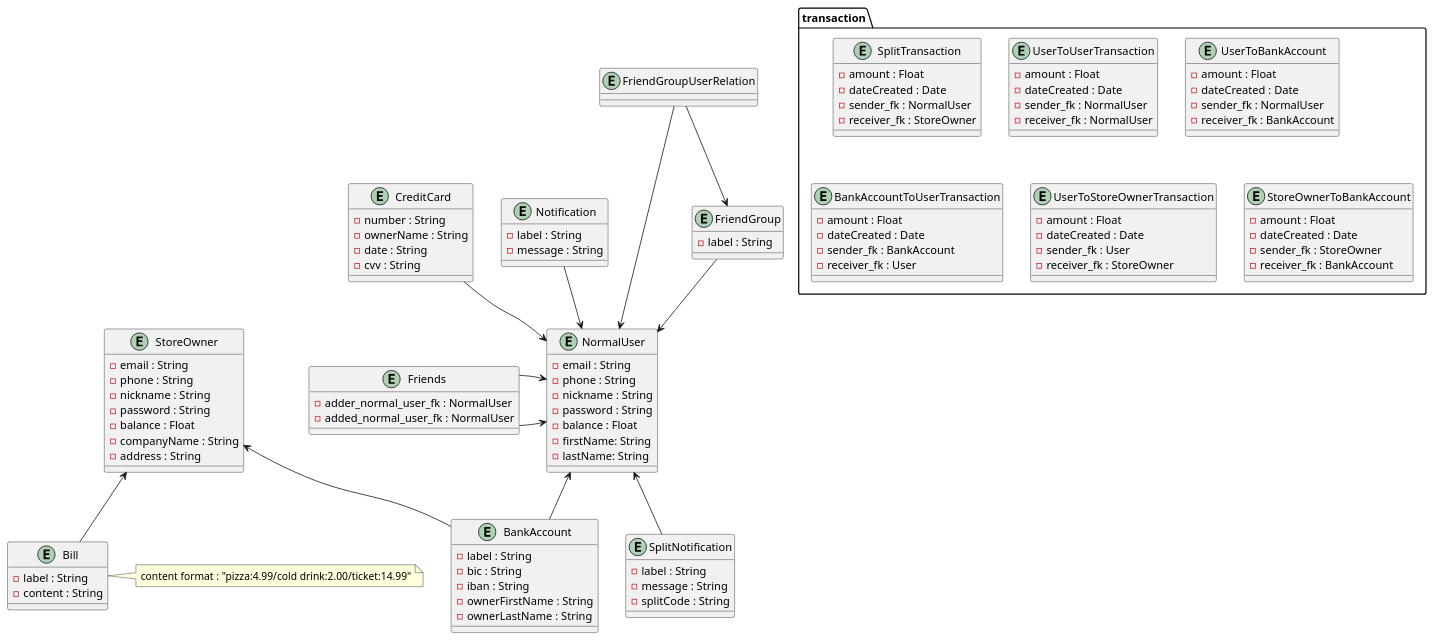
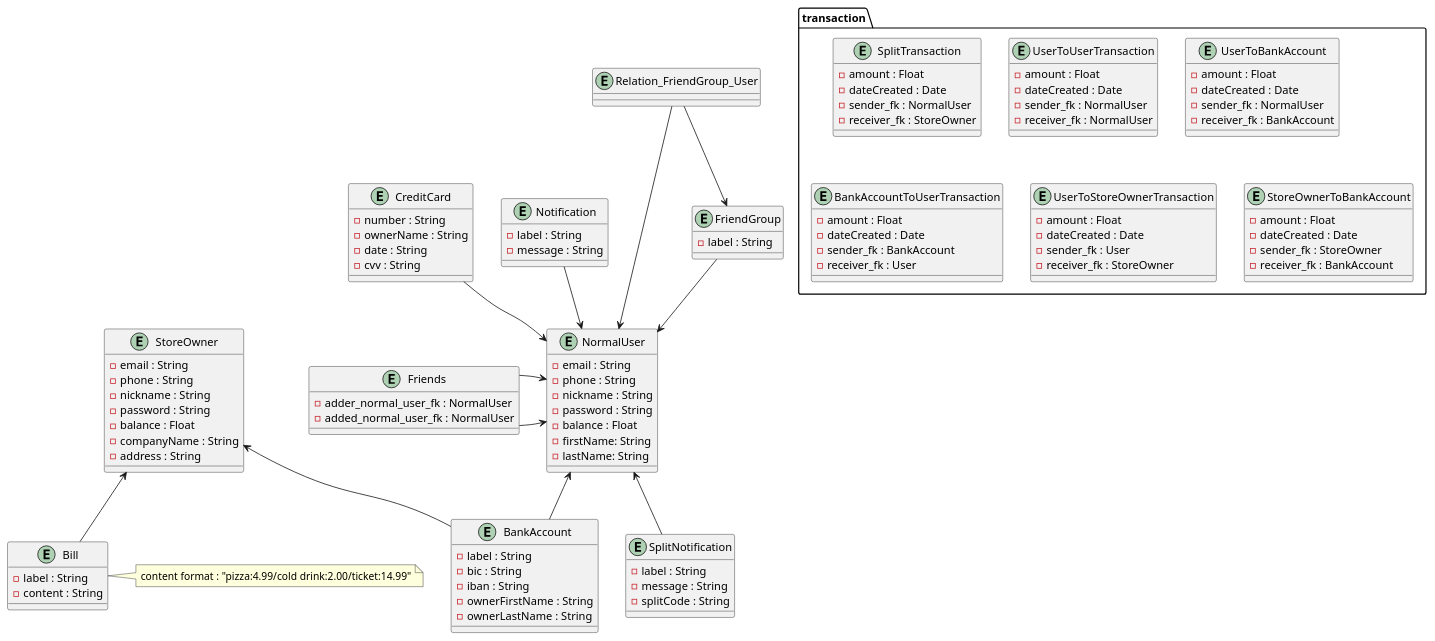
Before and after one commit to Julien-Wiegandt/SplitPay: the diagram in documentation/database/mysql/mysql_db_class_diagram.puml, drawn with PlantUML.

Commit message:
Changed relation table name

```diff
--- a/documentation/database/mysql/mysql_db_class_diagram.puml
+++ b/documentation/database/mysql/mysql_db_class_diagram.puml
@@ -1,135 +1,135 @@
 @startuml domain_analysis
 
 entity BankAccount {
   - label : String
   - bic : String
   - iban : String
   - ownerFirstName : String
   - ownerLastName : String
 }
 
 entity Bill {
   - label : String
   - content : String
 }
 
 note right of Bill
 content format : "pizza:4.99/cold drink:2.00/ticket:14.99"
 endnote
 
 
 entity Notification {
   - label : String
   - message : String
 }
 
 entity SplitNotification {
     - label : String
     - message : String
     - splitCode : String
 }
 
 entity FriendGroup {
   - label : String
 }
 
 entity CreditCard {
   - number : String
   - ownerName : String
   - date : String
   - cvv : String
 }
 
 entity NormalUser {
     - email : String
     - phone : String
     - nickname : String
     - password : String
     - balance : Float
     - firstName: String
     - lastName: String
 }
 
 entity StoreOwner {
     - email : String
     - phone : String
     - nickname : String
     - password : String
     - balance : Float
     - companyName : String
     - address : String
 }
 
 package transaction <<Folder>> {
 
     entity SplitTransaction{
         - amount : Float
         - dateCreated : Date
         - sender_fk : NormalUser
         - receiver_fk : StoreOwner
     }
 
     entity UserToUserTransaction {
         - amount : Float
         - dateCreated : Date
         - sender_fk : NormalUser
         - receiver_fk : NormalUser
         }
 
 
     entity UserToBankAccount {
         - amount : Float
         - dateCreated : Date
         - sender_fk : NormalUser
         - receiver_fk : BankAccount
     }
 
     entity BankAccountToUserTransaction{
         - amount : Float
         - dateCreated : Date
         - sender_fk : BankAccount
         - receiver_fk : User
     }
 
     entity UserToStoreOwnerTransaction {
         - amount : Float
         - dateCreated : Date
         - sender_fk : User
         - receiver_fk : StoreOwner
     }
 
     entity StoreOwnerToBankAccount {
         - amount : Float
         - dateCreated : Date
         - sender_fk : StoreOwner
         - receiver_fk : BankAccount
     }
 }
 
-entity FriendGroupUserRelation{
+entity Relation_FriendGroup_User{
 
 }
 
 entity Friends {
     - adder_normal_user_fk : NormalUser
     - added_normal_user_fk : NormalUser
 }
 
-FriendGroupUserRelation --> FriendGroup
-FriendGroupUserRelation --> NormalUser
+Relation_FriendGroup_User --> FriendGroup
+Relation_FriendGroup_User --> NormalUser
 
 NormalUser <-- BankAccount
 StoreOwner <-- BankAccount
 
 NormalUser <-up- Notification
 NormalUser <--  SplitNotification
 NormalUser <-up- CreditCard
 
 Friends -> NormalUser
 Friends -> NormalUser
 
 
 FriendGroup -->  NormalUser
 StoreOwner  <-- Bill
 
 @enduml
```
